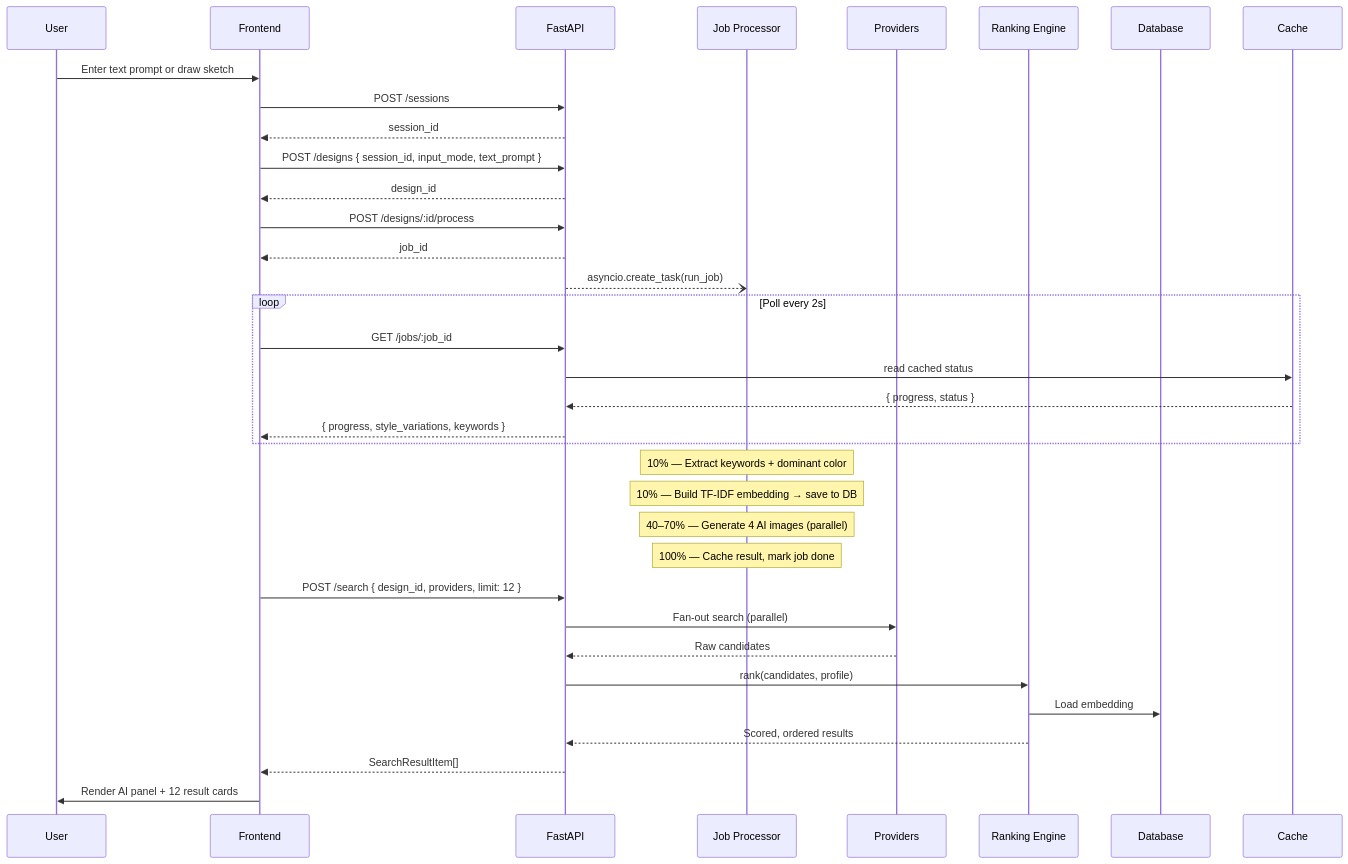
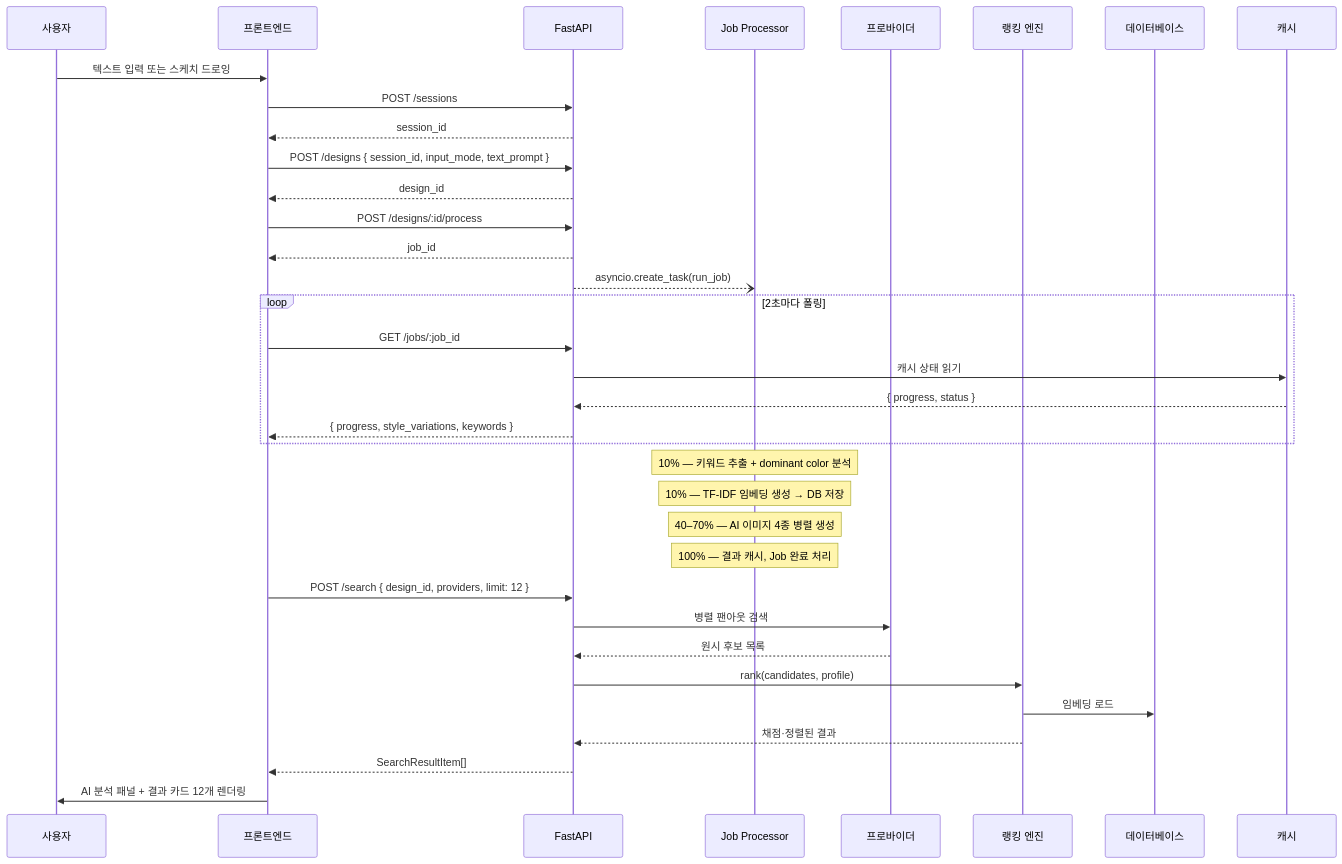
The second of 2 diagrams in README.md (devbinlog/FMD), drawn with Mermaid before and after one commit. The commit also changed other lines of this file, not shown here.

````diff
--- a/README.md
+++ b/README.md
@@ -119,44 +119,44 @@
 ```mermaid
 sequenceDiagram
-    participant U as User
-    participant FE as Frontend
+    participant U as 사용자
+    participant FE as 프론트엔드
     participant API as FastAPI
     participant WK as Job Processor
-    participant PR as Providers
-    participant RK as Ranking Engine
-    participant DB as Database
-    participant CH as Cache
+    participant PR as 프로바이더
+    participant RK as 랭킹 엔진
+    participant DB as 데이터베이스
+    participant CH as 캐시
 
-    U->>FE: Enter text prompt or draw sketch
+    U->>FE: 텍스트 입력 또는 스케치 드로잉
     FE->>API: POST /sessions
     API-->>FE: session_id
 
     FE->>API: POST /designs { session_id, input_mode, text_prompt }
     API-->>FE: design_id
 
     FE->>API: POST /designs/:id/process
     API-->>FE: job_id
     API--)WK: asyncio.create_task(run_job)
 
-    loop Poll every 2s
+    loop 2초마다 폴링
         FE->>API: GET /jobs/:job_id
-        API->>CH: read cached status
+        API->>CH: 캐시 상태 읽기
         CH-->>API: { progress, status }
         API-->>FE: { progress, style_variations, keywords }
     end
 
-    Note over WK: 10% — Extract keywords + dominant color
-    Note over WK: 10% — Build TF-IDF embedding → save to DB
-    Note over WK: 40–70% — Generate 4 AI images (parallel)
-    Note over WK: 100% — Cache result, mark job done
+    Note over WK: 10% — 키워드 추출 + dominant color 분석
+    Note over WK: 10% — TF-IDF 임베딩 생성 → DB 저장
+    Note over WK: 40–70% — AI 이미지 4종 병렬 생성
+    Note over WK: 100% — 결과 캐시, Job 완료 처리
 
     FE->>API: POST /search { design_id, providers, limit: 12 }
-    API->>PR: Fan-out search (parallel)
-    PR-->>API: Raw candidates
+    API->>PR: 병렬 팬아웃 검색
+    PR-->>API: 원시 후보 목록
     API->>RK: rank(candidates, profile)
-    RK->>DB: Load embedding
-    RK-->>API: Scored, ordered results
+    RK->>DB: 임베딩 로드
+    RK-->>API: 채점·정렬된 결과
     API-->>FE: SearchResultItem[]
 
-    FE->>U: Render AI panel + 12 result cards
+    FE->>U: AI 분석 패널 + 결과 카드 12개 렌더링
 ```
````
